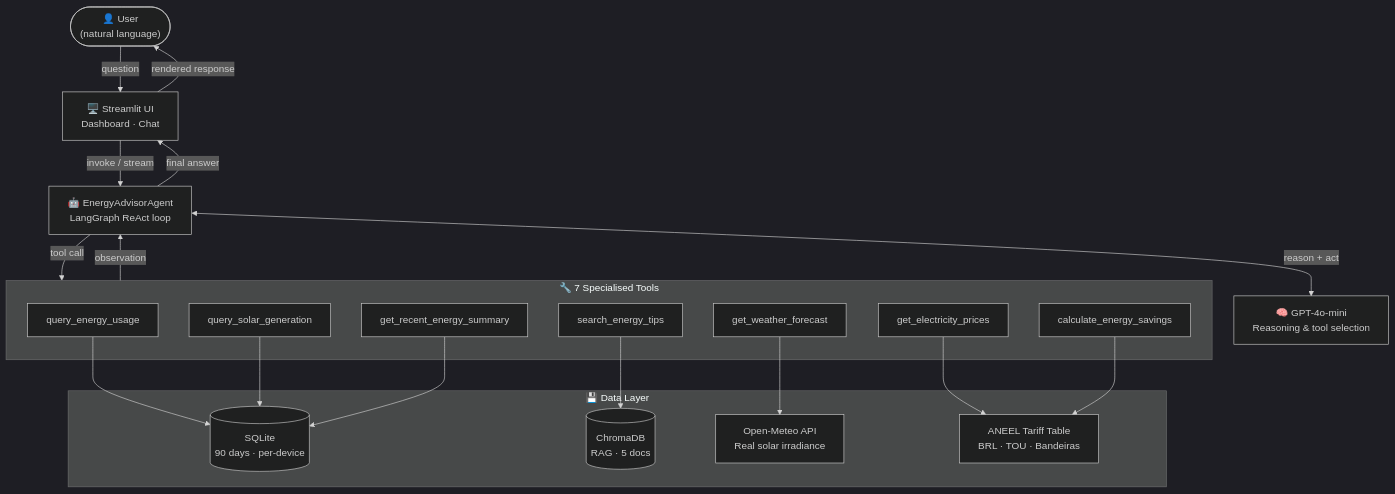
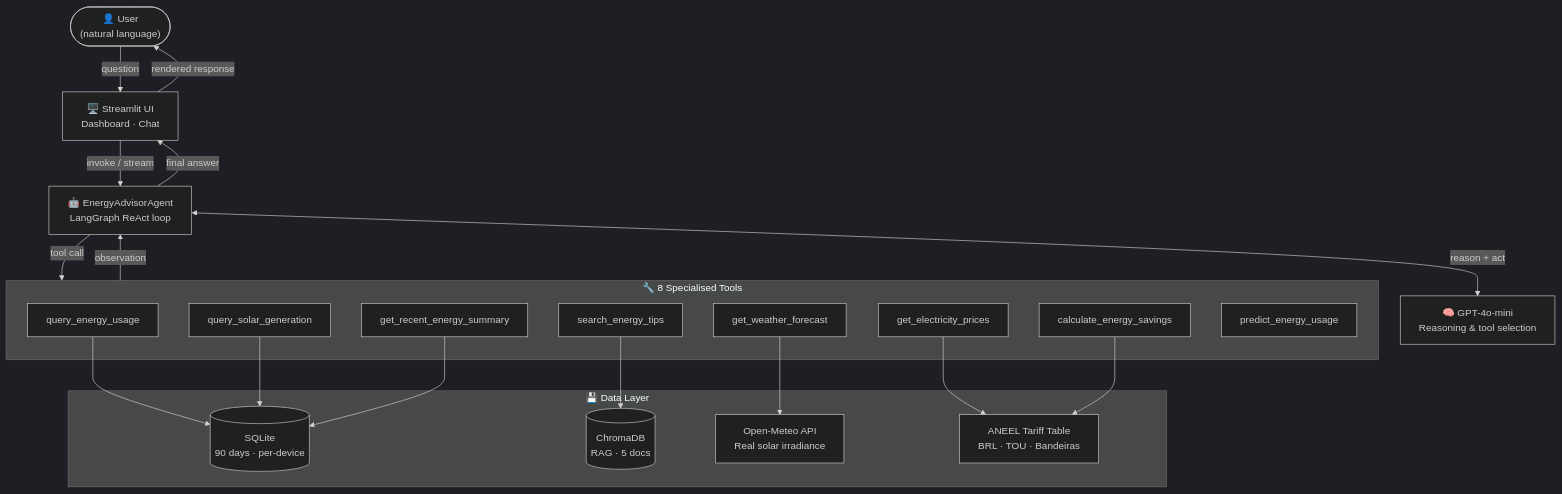
The diagram in README.md (FabioCLima/Energy-Advisor-Project), drawn with Mermaid (dark theme) before and after one commit. The commit also changed other lines of this file, not shown here.

````diff
--- a/README.md
+++ b/README.md
@@ -67,37 +82,38 @@
 ```mermaid
 flowchart TD
     User(["👤 User\n(natural language)"])
     UI["🖥️ Streamlit UI\nDashboard · Chat"]
     Agent["🤖 EnergyAdvisorAgent\nLangGraph ReAct loop"]
     LLM["🧠 GPT-4o-mini\nReasoning & tool selection"]
 
-    subgraph Tools["🔧 7 Specialised Tools"]
+    subgraph Tools["🔧 8 Specialised Tools"]
         T1["query_energy_usage"]
         T2["query_solar_generation"]
         T3["get_electricity_prices"]
         T4["get_weather_forecast"]
         T5["search_energy_tips"]
         T6["calculate_energy_savings"]
         T7["get_recent_energy_summary"]
+        T8["predict_energy_usage"]
     end
 
     subgraph Data["💾 Data Layer"]
         DB[("SQLite\n90 days · per-device")]
         VS[("ChromaDB\nRAG · 5 docs")]
         API["Open-Meteo API\nReal solar irradiance"]
         ANEEL["ANEEL Tariff Table\nBRL · TOU · Bandeiras"]
     end
 
     User -->|question| UI
     UI -->|invoke / stream| Agent
     Agent <-->|reason + act| LLM
     Agent -->|tool call| Tools
     T1 & T2 & T7 --> DB
     T5 --> VS
     T4 --> API
     T3 --> ANEEL
     T6 --> ANEEL
     Tools -->|observation| Agent
     Agent -->|final answer| UI
     UI -->|rendered response| User
 ```
````
